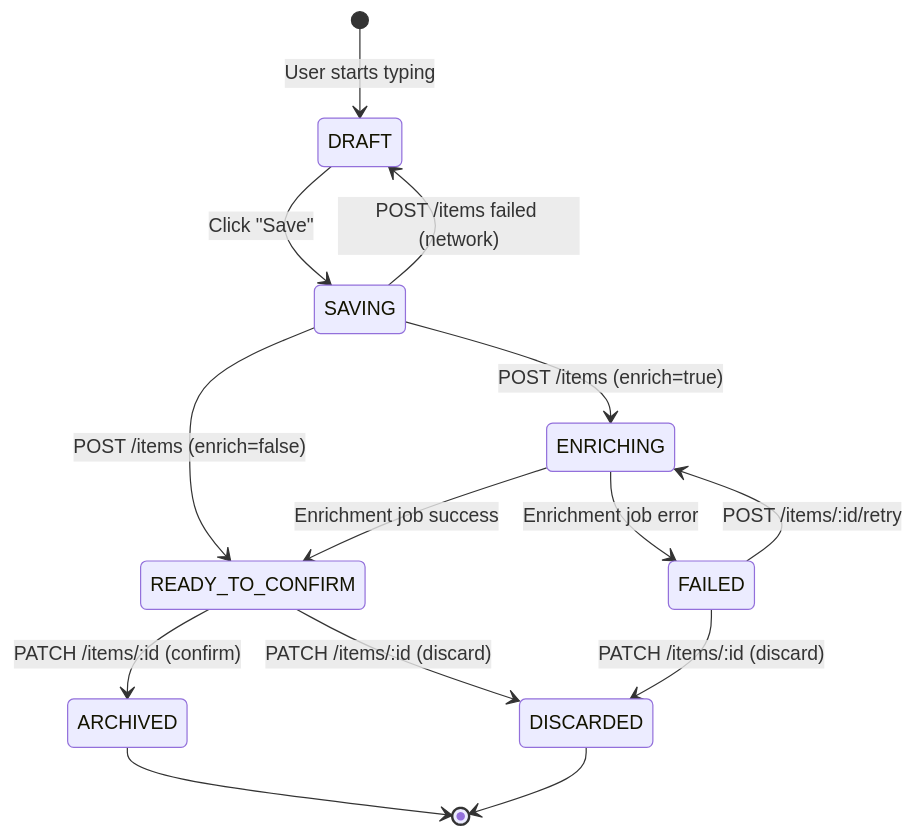
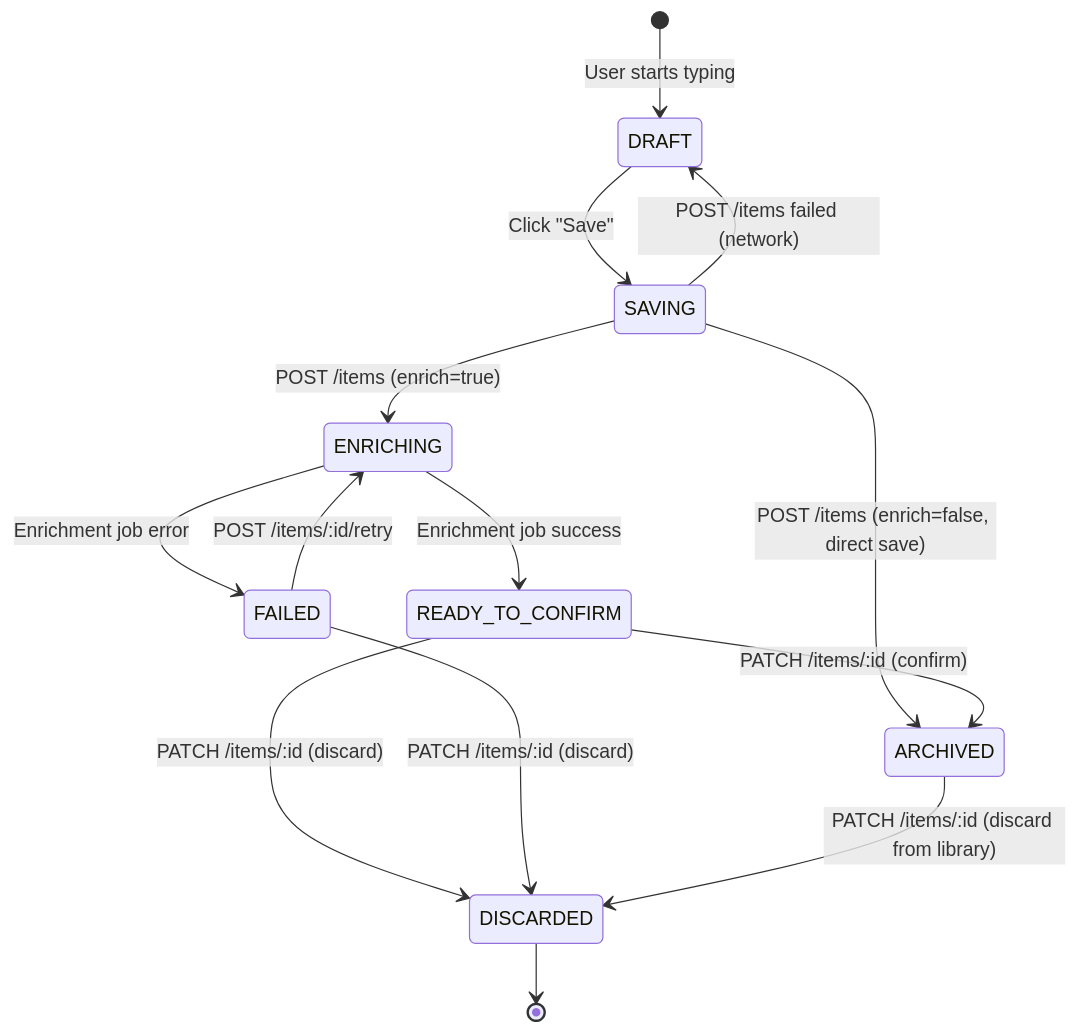
Before and after one commit to Jayzhong/LiteVault: the first of 6 diagrams in docs/architecture/state_machine.md, drawn with Mermaid. The commit also changed other lines of this file and 38 other files, not shown here.

````diff
--- a/docs/architecture/state_machine.md
+++ b/docs/architecture/state_machine.md
@@ -24,21 +24,21 @@
 ```mermaid
 stateDiagram-v2
     [*] --> DRAFT: User starts typing
     
     DRAFT --> SAVING: Click "Save"
     SAVING --> ENRICHING: POST /items (enrich=true)
-    SAVING --> READY_TO_CONFIRM: POST /items (enrich=false)
+    SAVING --> ARCHIVED: POST /items (enrich=false, direct save)
     SAVING --> DRAFT: POST /items failed (network)
     
     ENRICHING --> READY_TO_CONFIRM: Enrichment job success
     ENRICHING --> FAILED: Enrichment job error
     
     READY_TO_CONFIRM --> ARCHIVED: PATCH /items/:id (confirm)
     READY_TO_CONFIRM --> DISCARDED: PATCH /items/:id (discard)
     
     FAILED --> ENRICHING: POST /items/:id/retry
     FAILED --> DISCARDED: PATCH /items/:id (discard)
     
-    ARCHIVED --> [*]
+    ARCHIVED --> DISCARDED: PATCH /items/:id (discard from library)
     DISCARDED --> [*]
 ```
````
